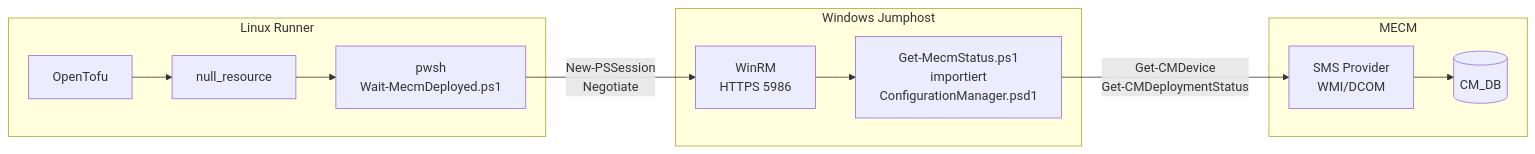
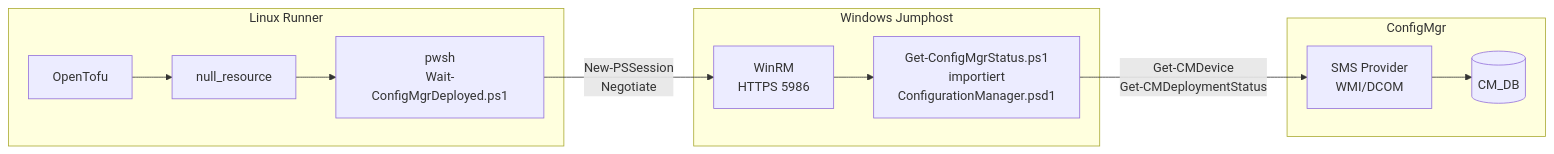
Before and after one commit to monoeagle/lucent-job-mecm-ps-connect: the fifth of 8 diagrams in OVERVIEW.md, drawn with Mermaid. The commit also changed other lines of this file and 22 other files, not shown here.

First line of the commit message:
Rename MECM -> ConfigMgr; add naming history and 2026 compat check

````diff
--- a/OVERVIEW.md
+++ b/OVERVIEW.md
@@ -130,18 +130,18 @@
 ```mermaid
 flowchart LR
     subgraph Linux Runner
         TF[OpenTofu] --> NR[null_resource]
-        NR --> PWSH[pwsh<br/>Wait-MecmDeployed.ps1]
+        NR --> PWSH[pwsh<br/>Wait-ConfigMgrDeployed.ps1]
     end
     subgraph Windows Jumphost
         WSMAN[WinRM<br/>HTTPS 5986]
-        REMOTE[Get-MecmStatus.ps1<br/>importiert<br/>ConfigurationManager.psd1]
+        REMOTE[Get-ConfigMgrStatus.ps1<br/>importiert<br/>ConfigurationManager.psd1]
         WSMAN --> REMOTE
     end
-    subgraph MECM
+    subgraph ConfigMgr
         SP[SMS Provider<br/>WMI/DCOM]
         SP --> DB[(CM_DB)]
     end
     PWSH -- New-PSSession<br/>Negotiate --> WSMAN
     REMOTE -- Get-CMDevice<br/>Get-CMDeploymentStatus --> SP
 ```
````
